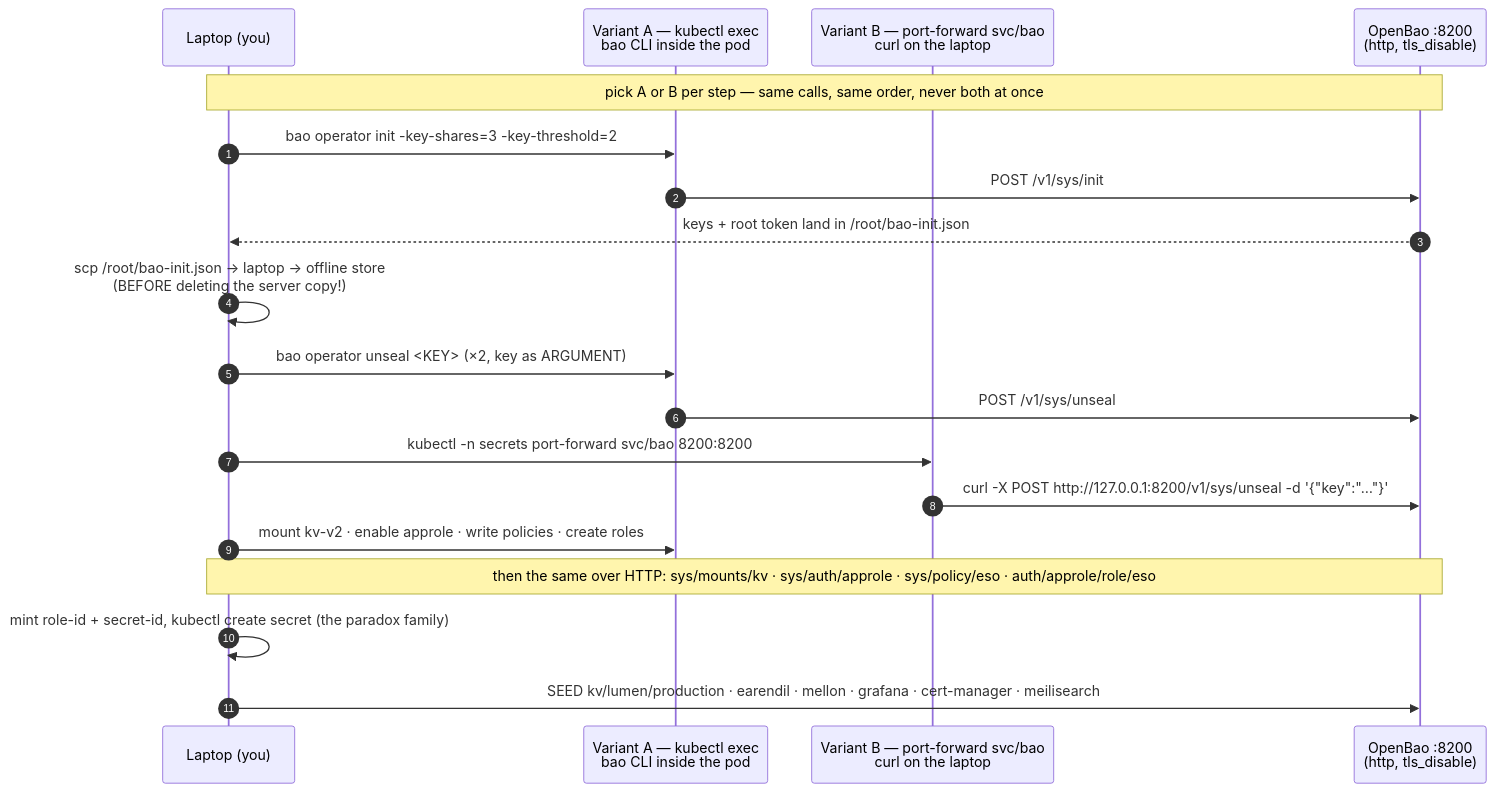
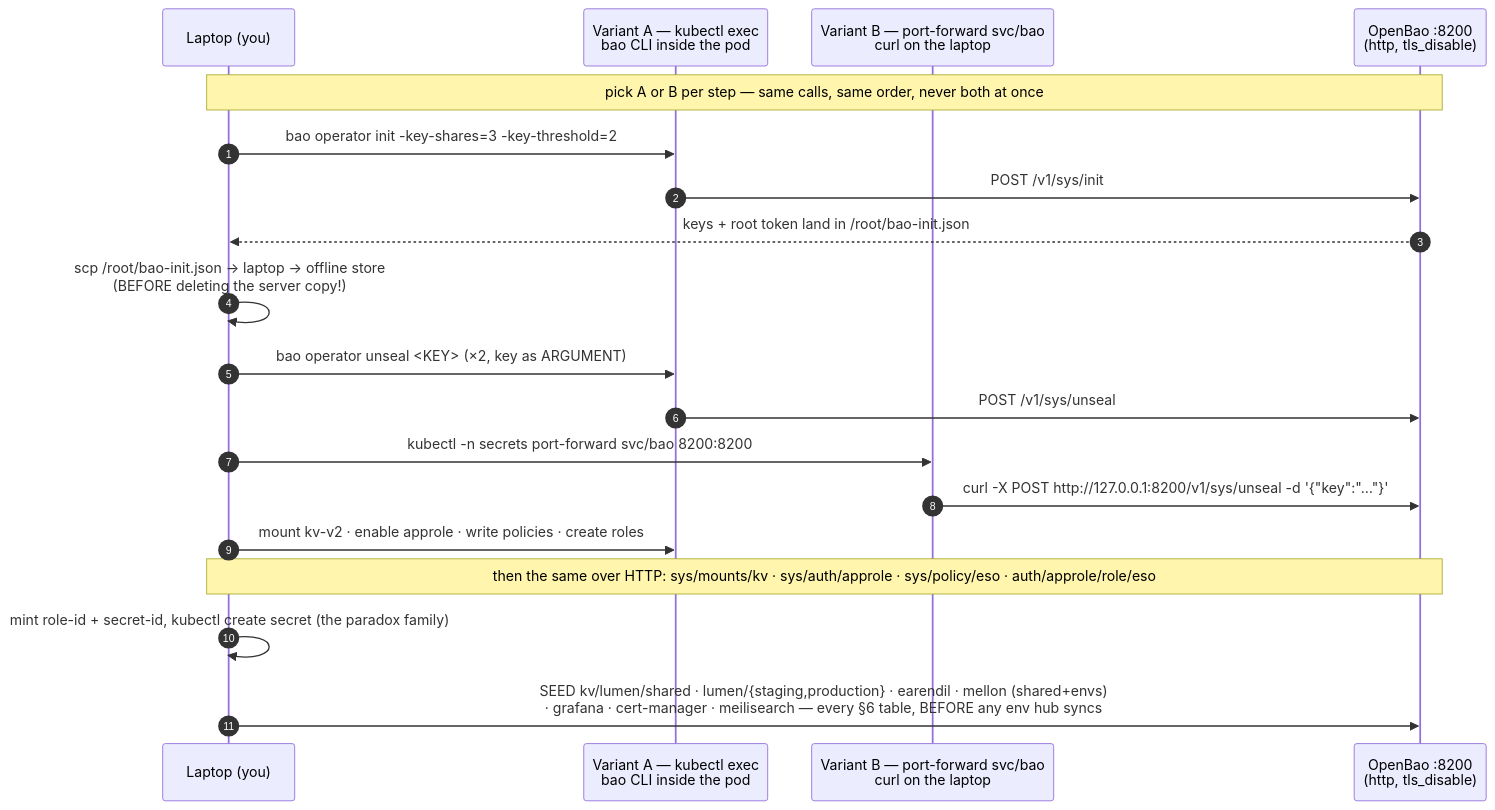
Before and after one commit to kanatabi/omicron: the diagram in runbook/05-vault.md, drawn with Mermaid. The commit also changed other lines of this file and 17 other files, not shown here.

````diff
--- a/runbook/05-vault.md
+++ b/runbook/05-vault.md
@@ -52,21 +71,21 @@
 ```mermaid
 sequenceDiagram
     autonumber
     participant L as Laptop (you)
     participant A as Variant A — kubectl exec<br/>bao CLI inside the pod
     participant B as Variant B — port-forward svc/bao<br/>curl on the laptop
     participant V as OpenBao :8200<br/>(http, tls_disable)
     Note over L,V: pick A or B per step — same calls, same order, never both at once
     L->>A: bao operator init -key-shares=3 -key-threshold=2
     A->>V: POST /v1/sys/init
     V-->>L: keys + root token land in /root/bao-init.json
     L->>L: scp /root/bao-init.json → laptop → offline store<br/>(BEFORE deleting the server copy!)
     L->>A: bao operator unseal <KEY> (×2, key as ARGUMENT)
     A->>V: POST /v1/sys/unseal
     L->>B: kubectl -n secrets port-forward svc/bao 8200:8200
     B->>V: curl -X POST http://127.0.0.1:8200/v1/sys/unseal -d '{"key":"…"}'
     L->>A: mount kv-v2 · enable approle · write policies · create roles
     Note over L,V: then the same over HTTP: sys/mounts/kv · sys/auth/approle · sys/policy/eso · auth/approle/role/eso
     L->>L: mint role-id + secret-id, kubectl create secret (the paradox family)
-    L->>V: SEED kv/lumen/production · earendil · mellon · grafana · cert-manager · meilisearch
+    L->>V: SEED kv/lumen/shared · lumen/{staging,production} · earendil · mellon (shared+envs)<br/>· grafana · cert-manager · meilisearch — every §6 table, BEFORE any env hub syncs
 ```
````
